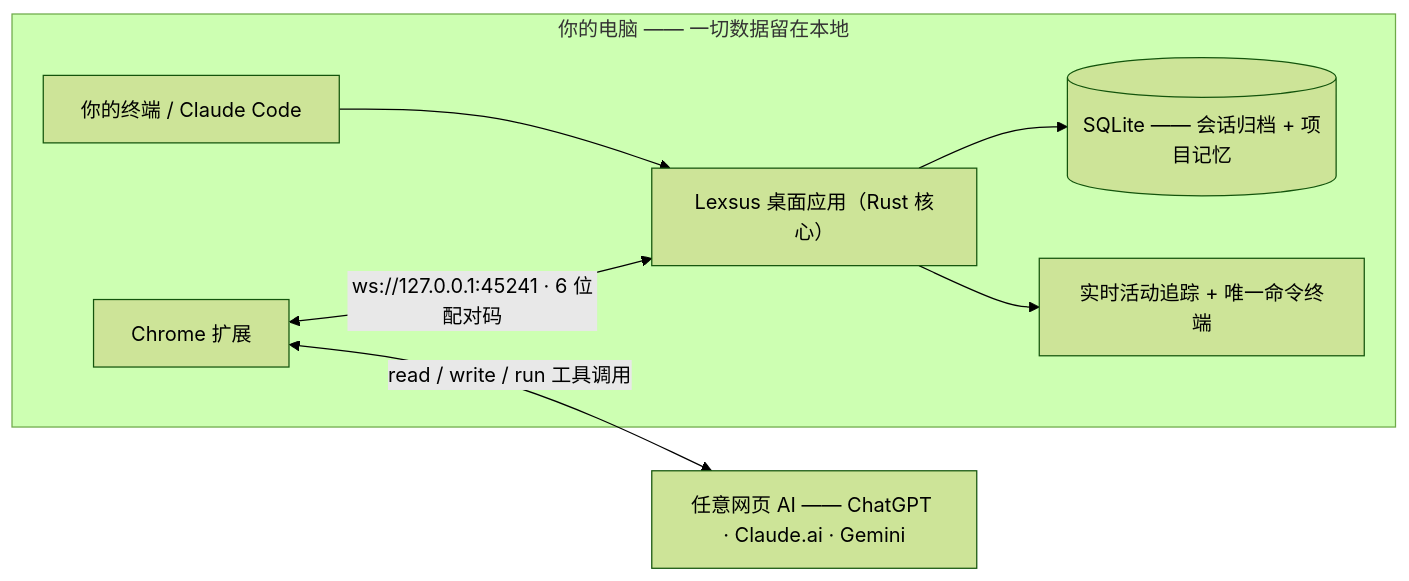
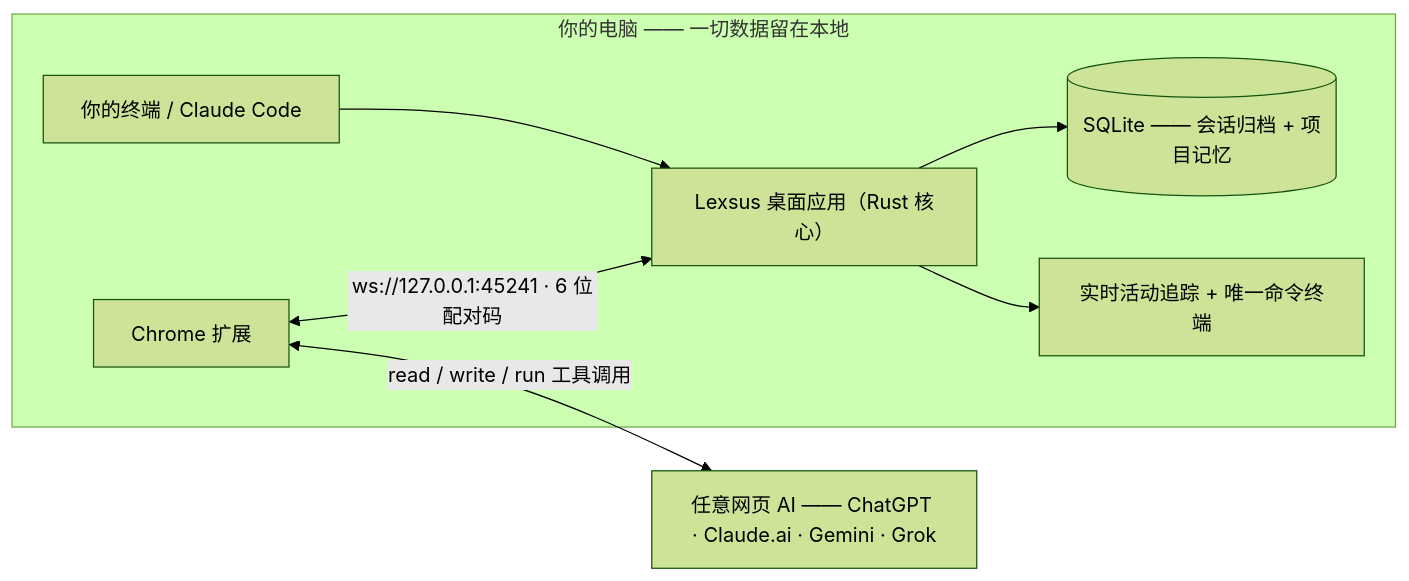
One commit to Python-program-228/lexsus changed the diagram in README.zh-CN.md. Above: the diagram before and after it, drawn with Mermaid (forest theme). The commit also changed other lines of this file and 2 other files, not shown here.

````diff
--- a/README.zh-CN.md
+++ b/README.zh-CN.md
@@ -39,10 +39,10 @@
 ```mermaid
 flowchart LR
     subgraph Local["你的电脑 —— 一切数据留在本地"]
         A["你的终端 / Claude Code"] --> P["Lexsus 桌面应用（Rust 核心）"]
         P --> D[("SQLite —— 会话归档 + 项目记忆")]
         P --> T["实时活动追踪 + 唯一命令终端"]
         X["Chrome 扩展"] <-->|"ws://127.0.0.1:45241 · 6 位配对码"| P
     end
-    X <-->|"read / write / run 工具调用"| W["任意网页 AI —— ChatGPT · Claude.ai · Gemini"]
+    X <-->|"read / write / run 工具调用"| W["任意网页 AI —— ChatGPT · Claude.ai · Gemini · Grok"]
 ```
````
